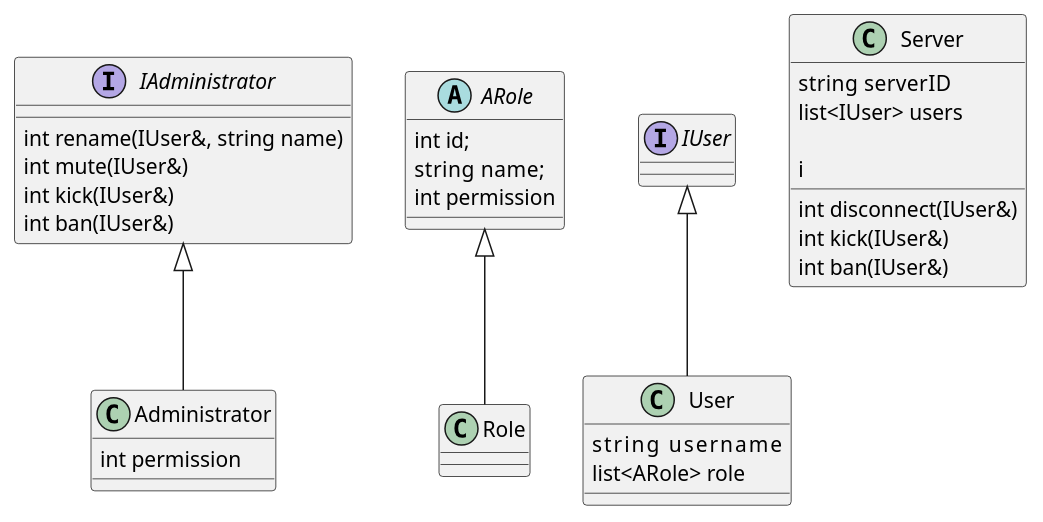
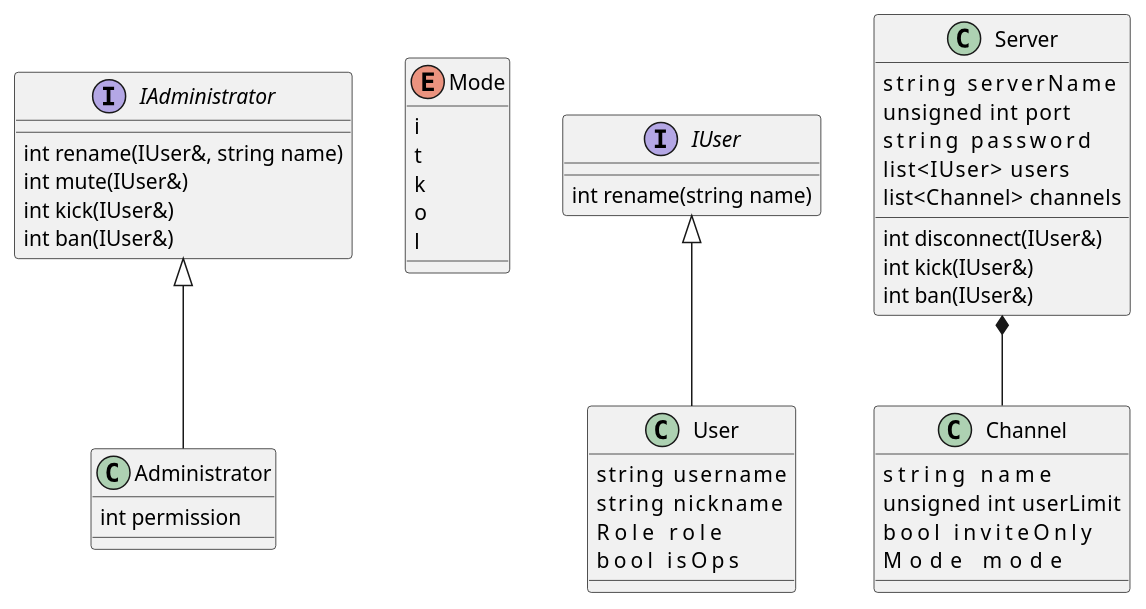
Before and after one commit to Kawaiiow/ft_irc: the diagram in diagram/main.puml, drawn with PlantUML.

Commit message:
Add Channel class

```diff
--- a/diagram/main.puml
+++ b/diagram/main.puml
@@ -1,49 +1,67 @@
 @startuml
 
 interface   IAdministrator
 {
     int rename(IUser&, string name)
     int mute(IUser&)
     int kick(IUser&)
     int ban(IUser&)
 }
 
 class   Administrator
 {
     int permission
 }
 
 IAdministrator <|-- Administrator
 
-abstract   ARole
+enum   Mode
 {
-    int id;
-    string  name;
-    int permission
+    i
+    t
+    k
+    o
+    l
 }
 
-class   Role
+interface   IUser
+{
+    int rename(string name)
+}
 
-interface   IUser
 class   User
 {
     string      username
-    list<ARole> role
+    string      nickname
+    Role        role
+    bool        isOps
+}
+
+class   Channel
+{
+    string          name
+    unsigned int    userLimit
+    bool            inviteOnly
+    Mode            mode
+    
+    
 }
 
 class   Server
 {
-    string  serverID
-    list<IUser> users
+    string          serverName
+    unsigned int    port
+    string          password
+    list<IUser>     users
+    list<Channel>   channels
     
     int disconnect(IUser&)
     int kick(IUser&)
     int ban(IUser&)
-    i
 }
 
-ARole <|-- Role
+Server *-- Channel
 
 IUser <|-- User
 
 @enduml
```
